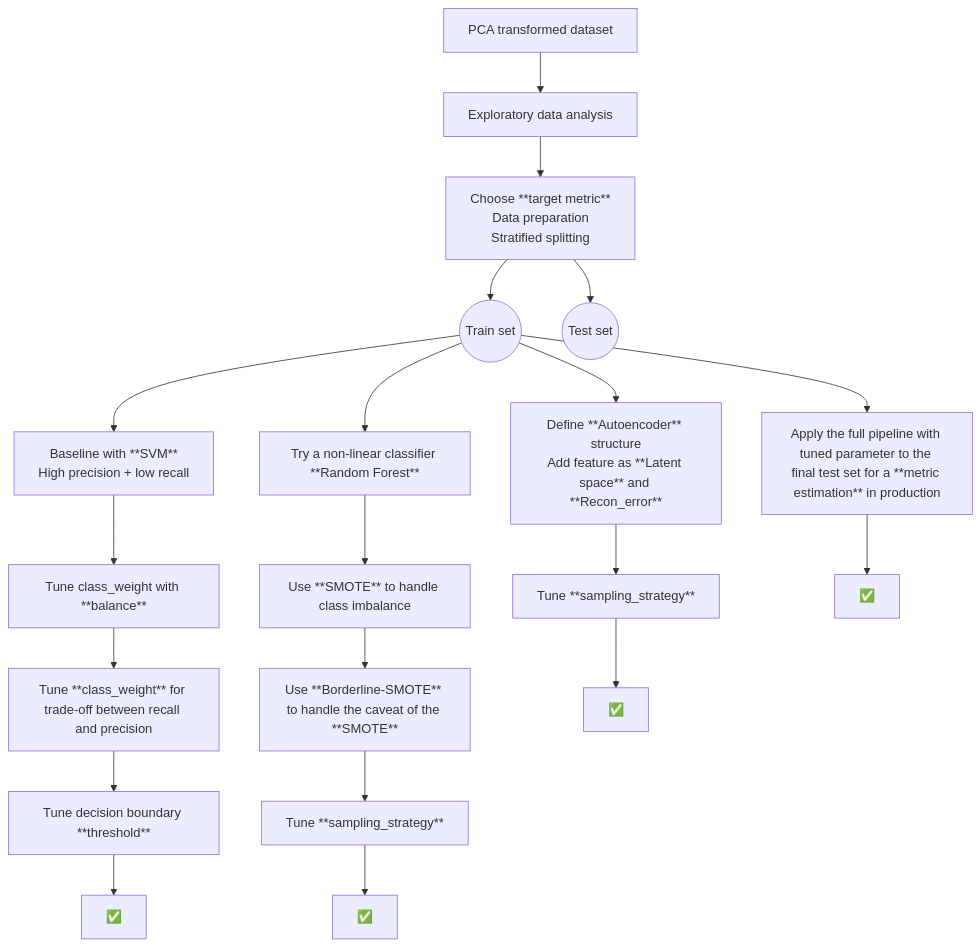
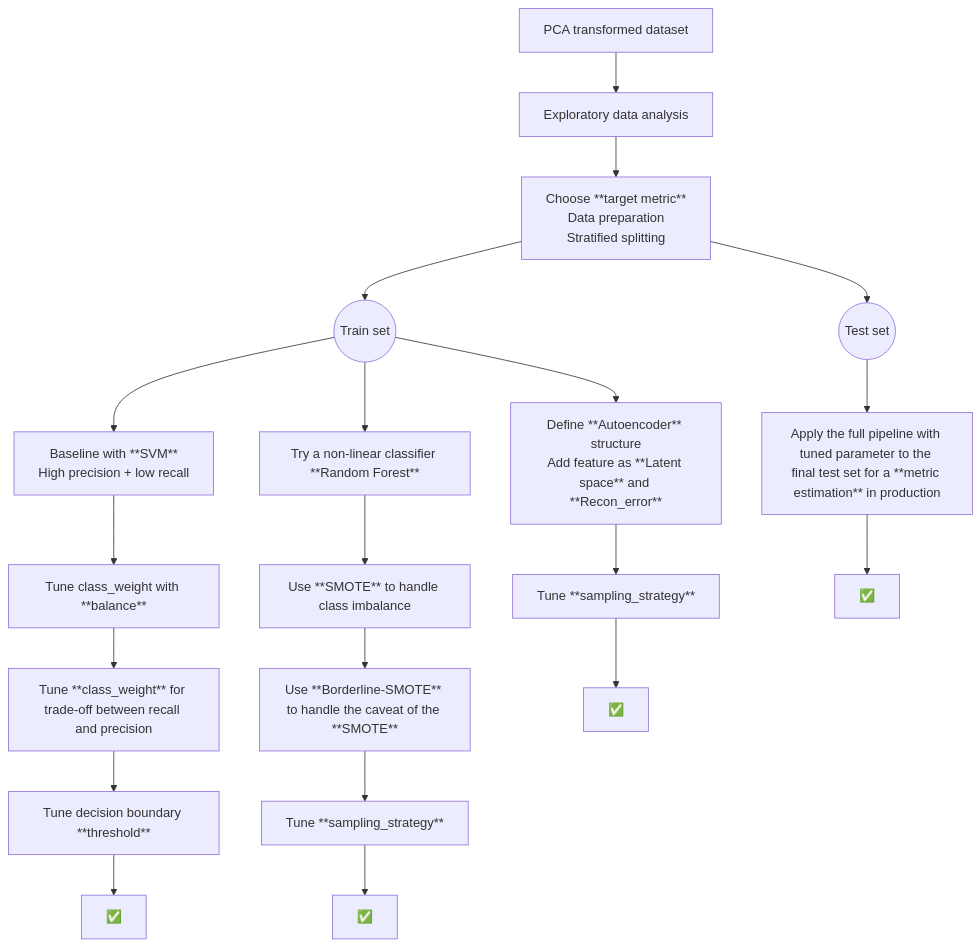
The diagram in IDEA.md (trungdung1711/credit-card-fraud-detection), drawn with Mermaid before and after one commit.

Commit message:
docs: :memo: fix IDEA.md

````diff
--- a/IDEA.md
+++ b/IDEA.md
@@ -3,43 +3,43 @@
 ```mermaid
     graph TD
     0[PCA transformed dataset] --> 1[Exploratory data analysis] --> A
     A[
         Choose **target metric**
         Data preparation
         Stratified splitting
     ] --> B((Train set))
     A --> C((Test set))
     B --> D[
         Baseline with **SVM**
         High precision + low recall
     ]
     D --> E[Tune class_weight with **balance**]
 
     E --> F[Tune **class_weight** for trade-off between recall and precision]
 
     F --> G[Tune decision boundary **threshold**]
 
     G --> H[✅]
 
     B --> L[Try a non-linear classifier **Random Forest**]
 
     L --> M[Use **SMOTE** to handle class imbalance]
 
     M --> N[Use **Borderline-SMOTE** to handle the caveat of the **SMOTE**]
 
     N --> O[Tune **sampling_strategy**]
 
     O --> P[✅]
 
     B --> Q[Define **Autoencoder** structure
     Add feature as **Latent space** and **Recon_error**
     ]
 
     Q --> R[Tune **sampling_strategy**]
 
     R --> S[✅]
 
-    B --> T[Apply the full pipeline with tuned parameter to the final test set for a **metric estimation** in production]
+    C --> T[Apply the full pipeline with tuned parameter to the final test set for a **metric estimation** in production]
 
     T --> V[✅]
 ```
````
